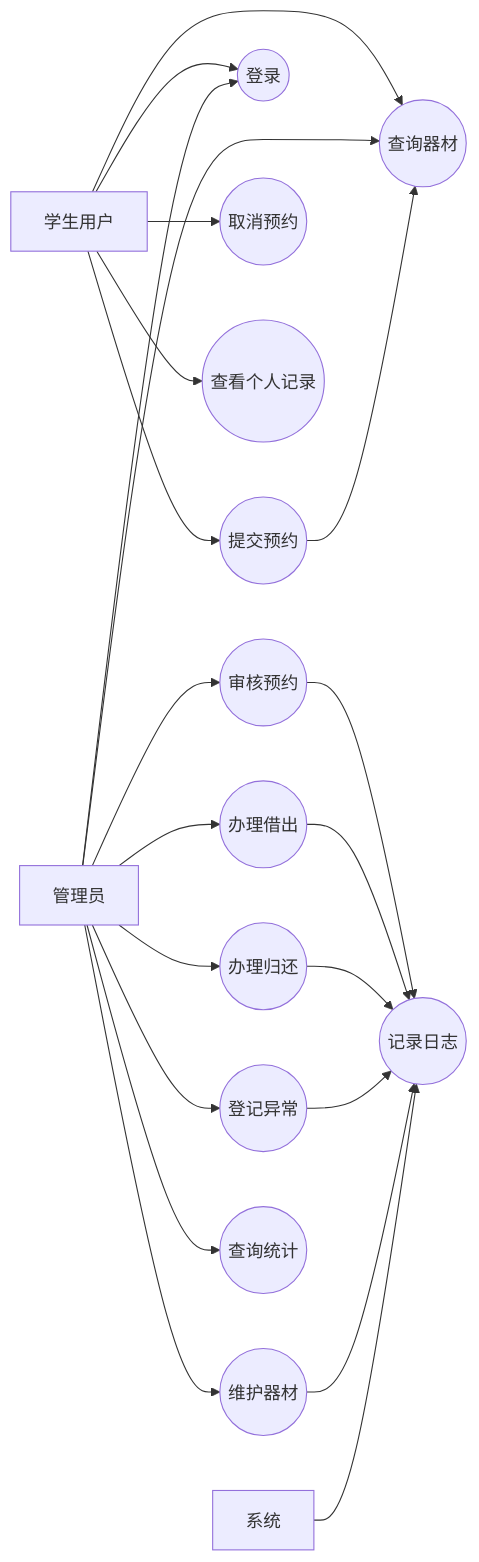
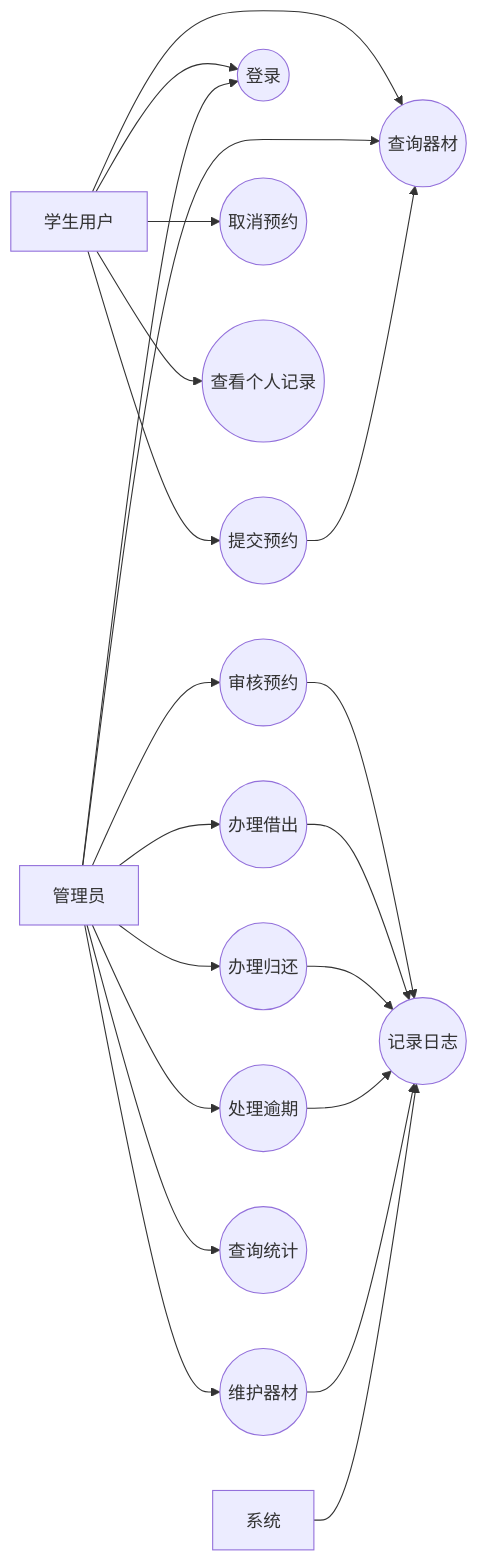
One commit to feiyangyang11/sports-equipment-architecture-project changed the diagram in T2_需求用例与质量属性场景分析.md. Above: the diagram before and after it, drawn with Mermaid. The commit also changed other lines of this file and 13 other files, not shown here.

````diff
--- a/T2_需求用例与质量属性场景分析.md
+++ b/T2_需求用例与质量属性场景分析.md
@@ -39,42 +39,42 @@
 ```mermaid
 flowchart LR
     Student[学生用户]
     Admin[管理员]
     System[系统]
 
     UC1((登录))
     UC2((查询器材))
     UC3((提交预约))
     UC4((取消预约))
     UC5((查看个人记录))
     UC6((审核预约))
     UC7((办理借出))
     UC8((办理归还))
-    UC9((登记异常))
+    UC9((处理逾期))
     UC10((维护器材))
     UC11((查询统计))
     UC12((记录日志))
 
     Student --> UC1
     Student --> UC2
     Student --> UC3
     Student --> UC4
     Student --> UC5
 
     Admin --> UC1
     Admin --> UC2
     Admin --> UC6
     Admin --> UC7
     Admin --> UC8
     Admin --> UC9
     Admin --> UC10
     Admin --> UC11
 
     UC3 --> UC2
     UC6 --> UC12
     UC7 --> UC12
     UC8 --> UC12
     UC9 --> UC12
     UC10 --> UC12
     System --> UC12
 ```
````
